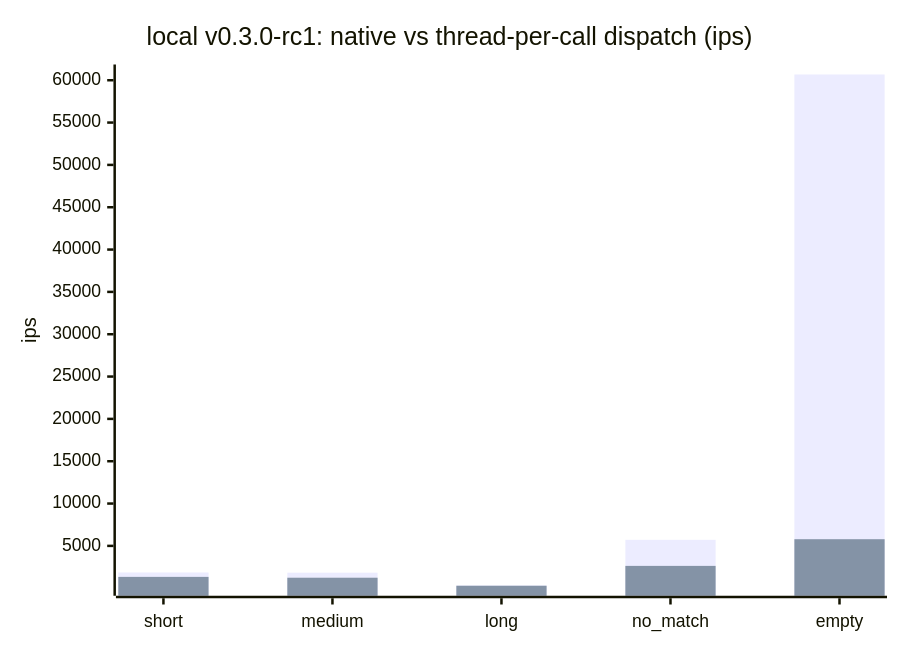
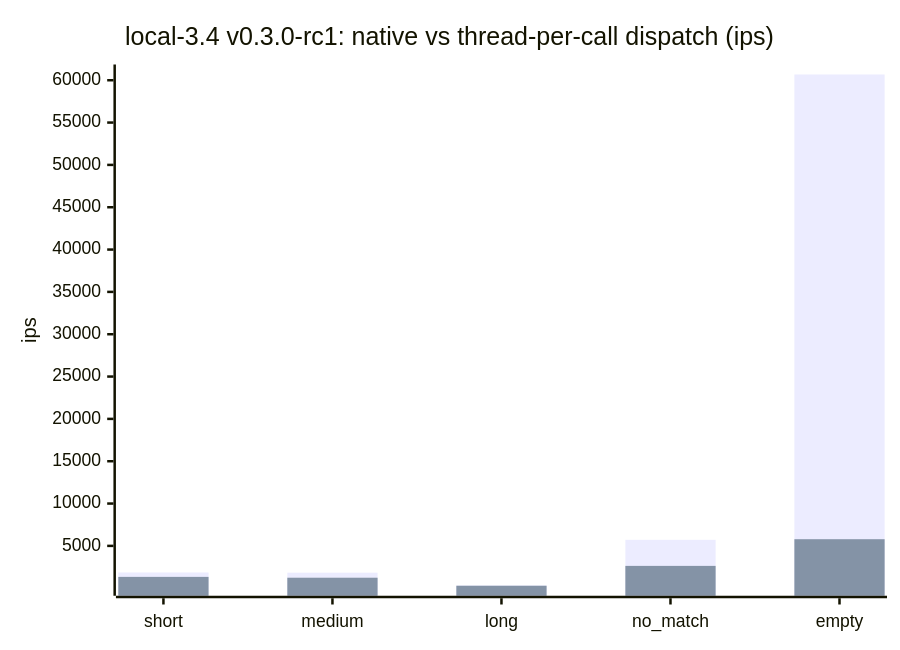
Before and after one commit to cpb/duckling: the fourth of 7 diagrams in docs/benchmarks/README.md, drawn with Mermaid. The commit also changed other lines of this file, not shown here.

First line of the commit message:
Regenerate docs/benchmarks/README.md for local-<minor> buckets

````diff
--- a/docs/benchmarks/README.md
+++ b/docs/benchmarks/README.md
@@ -124,8 +165,8 @@
 ```mermaid
 xychart-beta
-    title "local v0.3.0-rc1: native vs thread-per-call dispatch (ips)"
+    title "local-3.4 v0.3.0-rc1: native vs thread-per-call dispatch (ips)"
     x-axis [short, medium, long, no_match, empty]
     y-axis "ips"
     bar "native" [1859.7, 1837.8, 329.8, 5715.7, 60677.4]
     bar "thread-per-call" [1338.4, 1240.2, 291.2, 2636.8, 5788.3]
 ```
````
